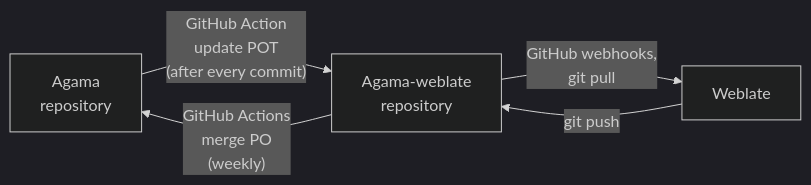
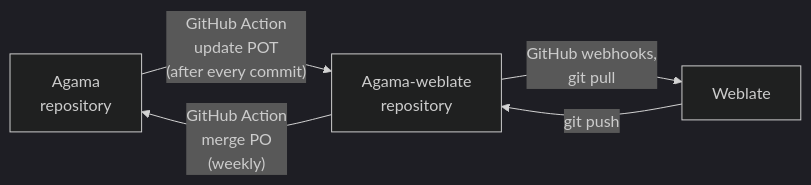
Before and after one commit to agama-project/agama-project.github.io: the diagram in docs/devel/i18n.md, drawn with Mermaid (dark theme). The commit also changed other lines of this file, not shown here.

````diff
--- a/docs/devel/i18n.md
+++ b/docs/devel/i18n.md
@@ -48,11 +48,11 @@
 ```mermaid
 flowchart LR
    A[Agama<br>repository]
    AW[Agama-weblate<br>repository]
    W[Weblate]
 
    A -->|"GitHub Action<br>update POT<br>(after every commit)"| AW
-   AW -->|"GitHub Actions<br>merge PO<br>(weekly)"| A
+   AW -->|"GitHub Action<br>merge PO<br>(weekly)"| A
    AW -->|GitHub webhooks,<br>git pull| W
    W -->|git push| AW
 ```
````
